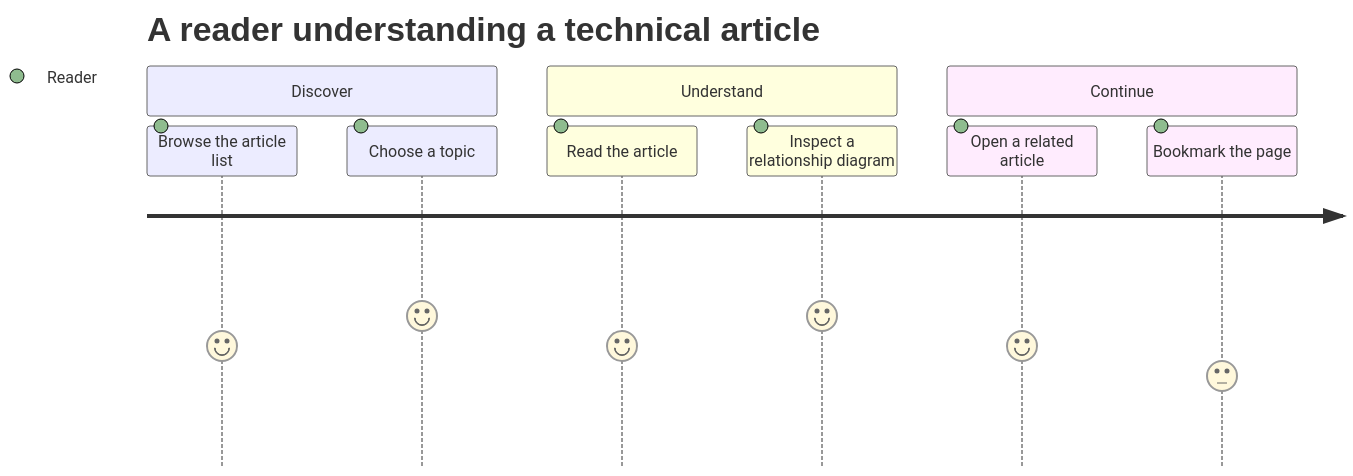
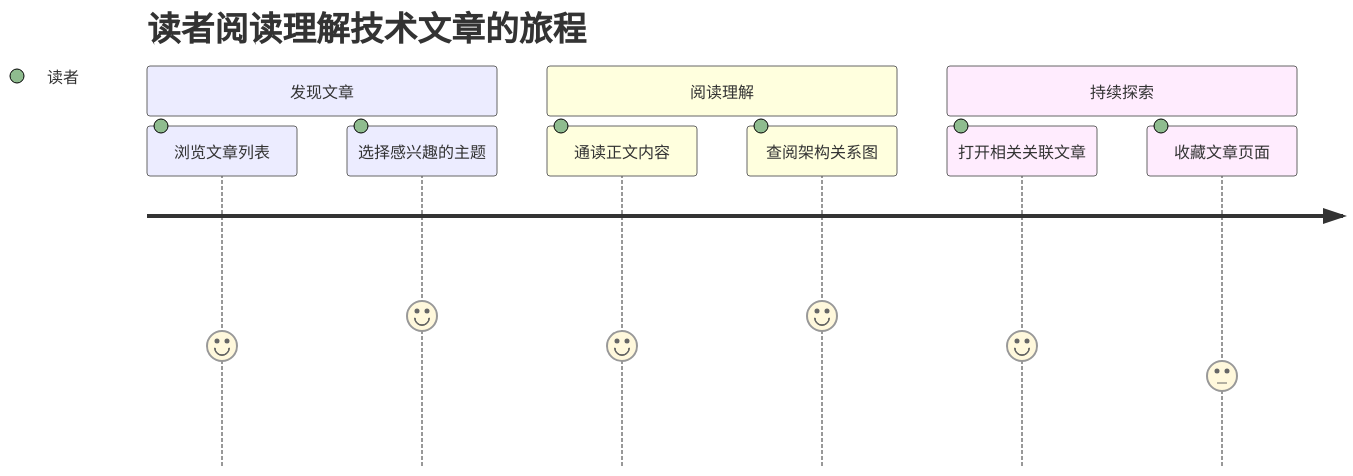
One commit to Dawn6666666/Shirone changed diagram 11 of 14 in src/content/posts/markdown-mermaid.md. Above: the diagram before and after it, drawn with Mermaid. The commit also changed other lines of this file and 28 other files, not shown here.

````diff
--- a/src/content/posts/markdown-mermaid.md
+++ b/src/content/posts/markdown-mermaid.md
@@ -227,15 +227,15 @@
 ```mermaid
 journey
-    accTitle: A reader understanding a technical article
-    accDescr: The reader discovers an article, combines prose with diagrams to understand it, and then explores related topics.
-    title A reader understanding a technical article
-    section Discover
-      Browse the article list: 4: Reader
-      Choose a topic: 5: Reader
-    section Understand
-      Read the article: 4: Reader
-      Inspect a relationship diagram: 5: Reader
-    section Continue
-      Open a related article: 4: Reader
-      Bookmark the page: 3: Reader
+    accTitle: 读者阅读理解技术文章的旅程
+    accDescr: 读者发现文章，通过结合文字与图表加深理解，并继续探索相关主题。
+    title 读者阅读理解技术文章的旅程
+    section 发现文章
+      浏览文章列表: 4: 读者
+      选择感兴趣的主题: 5: 读者
+    section 阅读理解
+      通读正文内容: 4: 读者
+      查阅架构关系图: 5: 读者
+    section 持续探索
+      打开相关关联文章: 4: 读者
+      收藏文章页面: 3: 读者
 ```
````
